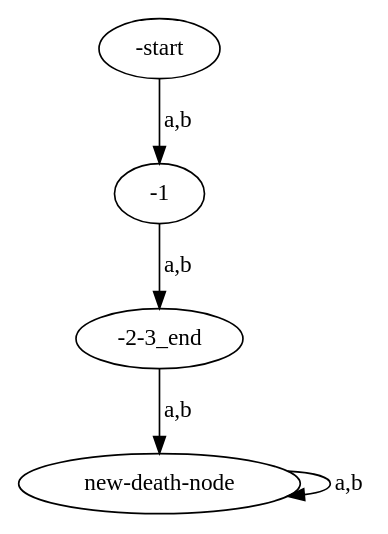
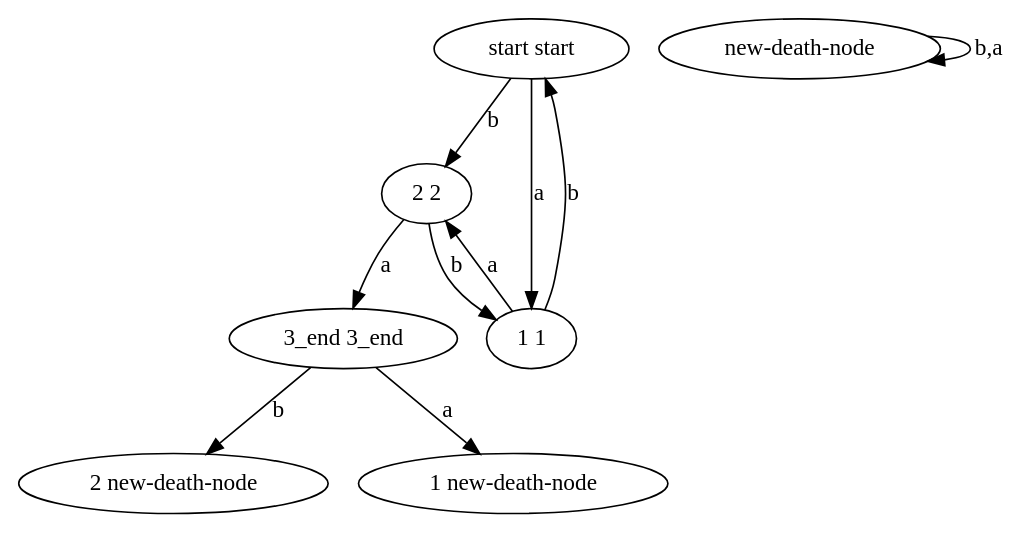
One commit to Katchau/COMP-AutoAnalyze.Dot changed the diagram in lmao3.dot. Above: the diagram before and after it, drawn with Graphviz. The commit also changed 4 other files, not shown here.

```diff
--- a/lmao3.dot
+++ b/lmao3.dot
@@ -1,10 +1,18 @@
 digraph {
-	"-start" ;
-	"-1" ;
-	"-2-3_end" ;
+	"start start" ;
+	"2 2" ;
+	"1 1" ;
+	"3_end 3_end" ;
+	"2 new-death-node" ;
+	"1 new-death-node" ;
 	"new-death-node" ;
-	"-start" -> "-1" ["label"="a,b"];
-	"-1" -> "-2-3_end" ["label"="a,b"];
-	"-2-3_end" -> "new-death-node" ["label"="a,b"];
-	"new-death-node" -> "new-death-node" ["label"="a,b"];
+	"start start" -> "2 2" ["label"="b"];
+	"start start" -> "1 1" ["label"="a"];
+	"1 1" -> "start start" ["label"="b"];
+	"1 1" -> "2 2" ["label"="a"];
+	"2 2" -> "1 1" ["label"="b"];
+	"2 2" -> "3_end 3_end" ["label"="a"];
+	"3_end 3_end" -> "2 new-death-node" ["label"="b"];
+	"3_end 3_end" -> "1 new-death-node" ["label"="a"];
+	"new-death-node" -> "new-death-node" ["label"="b,a"];
 }
```
